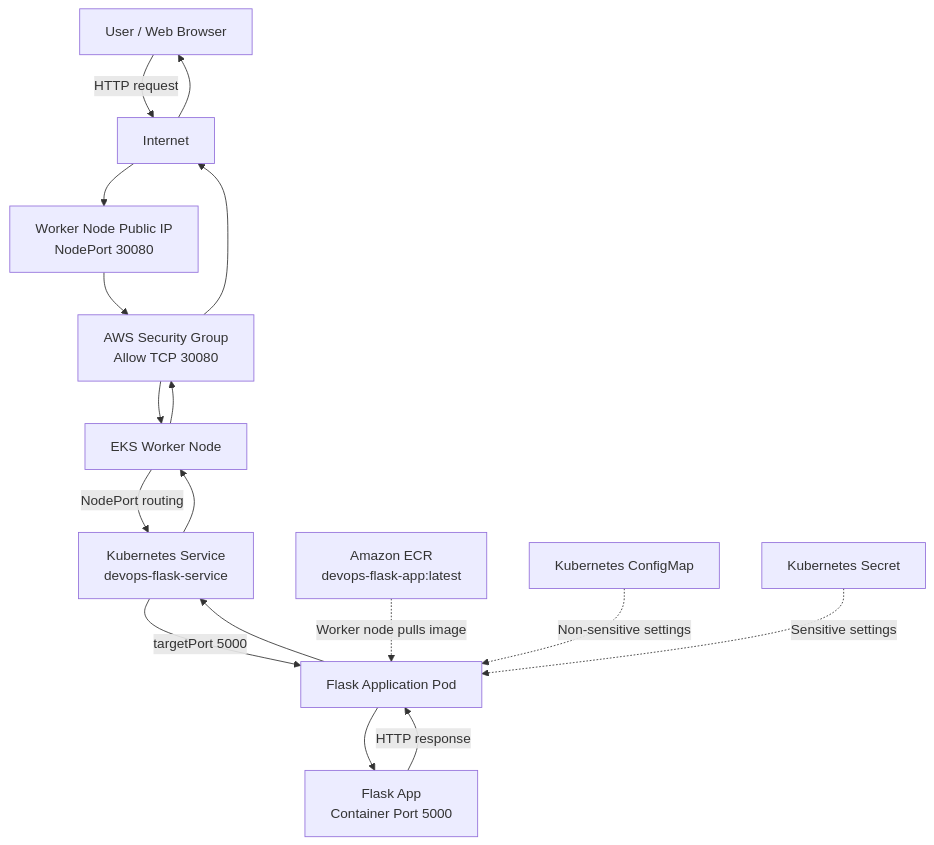
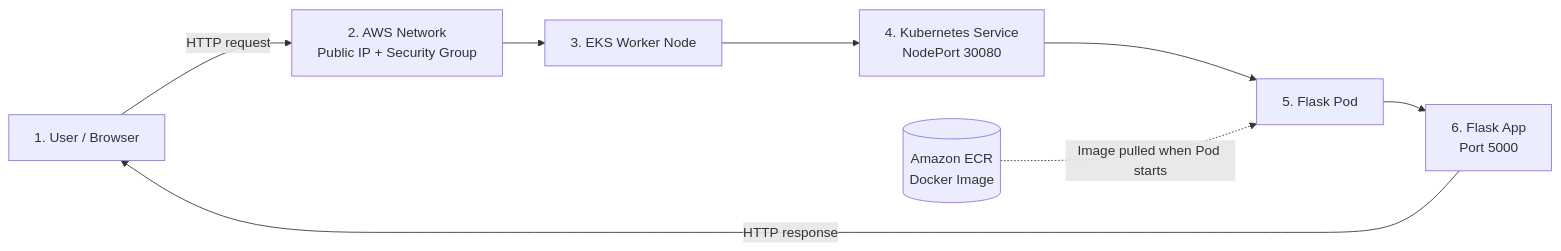
One commit to Sameedkhan469/Cloud-Native-DevOps-Platform changed the first of 3 diagrams in README.md. Above: the diagram before and after it, drawn with Mermaid. The commit also changed other lines of this file, not shown here.

Commit message:
Simplify README architecture diagram

````diff
--- a/README.md
+++ b/README.md
@@ -58,33 +60,19 @@
 ```mermaid
-flowchart TD
-    USER["User / Web Browser"]
-    INTERNET["Internet"]
-    PUBLICIP["Worker Node Public IP<br/>NodePort 30080"]
-    SG["AWS Security Group<br/>Allow TCP 30080"]
-    NODE["EKS Worker Node"]
-    SERVICE["Kubernetes Service<br/>devops-flask-service"]
-    POD["Flask Application Pod"]
-    APP["Flask App<br/>Container Port 5000"]
-    ECR["Amazon ECR<br/>devops-flask-app:latest"]
-    CONFIG["Kubernetes ConfigMap"]
-    SECRET["Kubernetes Secret"]
+flowchart LR
+    U["1. User / Browser"]
+    NET["2. AWS Network<br/>Public IP + Security Group"]
+    EKS["3. EKS Worker Node"]
+    SVC["4. Kubernetes Service<br/>NodePort 30080"]
+    POD["5. Flask Pod"]
+    APP["6. Flask App<br/>Port 5000"]
 
-    USER -->|"HTTP request"| INTERNET
-    INTERNET --> PUBLICIP
-    PUBLICIP --> SG
-    SG --> NODE
-    NODE -->|"NodePort routing"| SERVICE
-    SERVICE -->|"targetPort 5000"| POD
+    U -->|"HTTP request"| NET
+    NET --> EKS
+    EKS --> SVC
+    SVC --> POD
     POD --> APP
+    APP -->|"HTTP response"| U
 
-    APP -->|"HTTP response"| POD
-    POD --> SERVICE
-    SERVICE --> NODE
-    NODE --> SG
-    SG --> INTERNET
-    INTERNET --> USER
-
-    ECR -.->|"Worker node pulls image"| POD
-    CONFIG -.->|"Non-sensitive settings"| POD
-    SECRET -.->|"Sensitive settings"| POD
+    ECR[("Amazon ECR<br/>Docker Image")]
+    ECR -.->|"Image pulled when Pod starts"| POD
 ```
````
